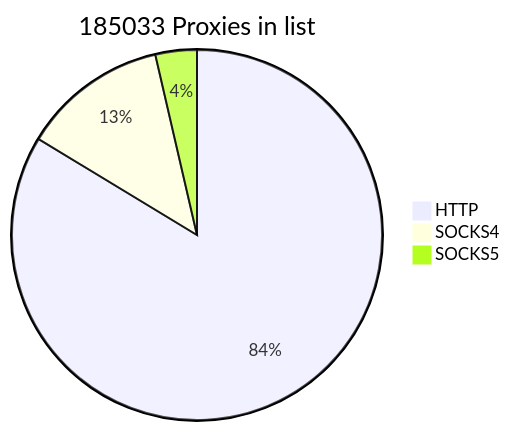
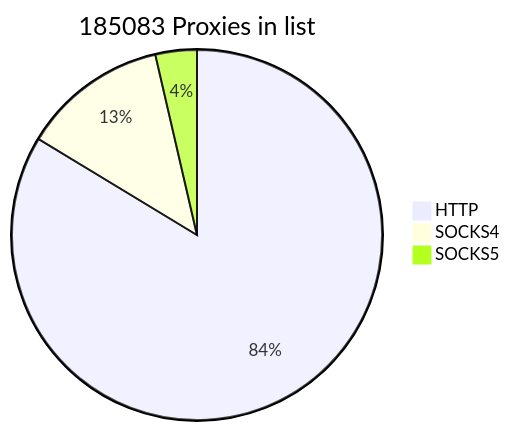
Before and after one commit to cutipu/proxylist: the first of 2 diagrams in README.md, drawn with Mermaid. The commit also changed other lines of this file, not shown here.

````diff
--- a/README.md
+++ b/README.md
@@ -2,7 +2,7 @@
 ```mermaid
-pie title 185033 Proxies in list
-    "HTTP" : 154800
+pie title 185083 Proxies in list
+    "HTTP" : 154850
     "SOCKS4" : 23539
     "SOCKS5" : 6694
             
 ```
````
